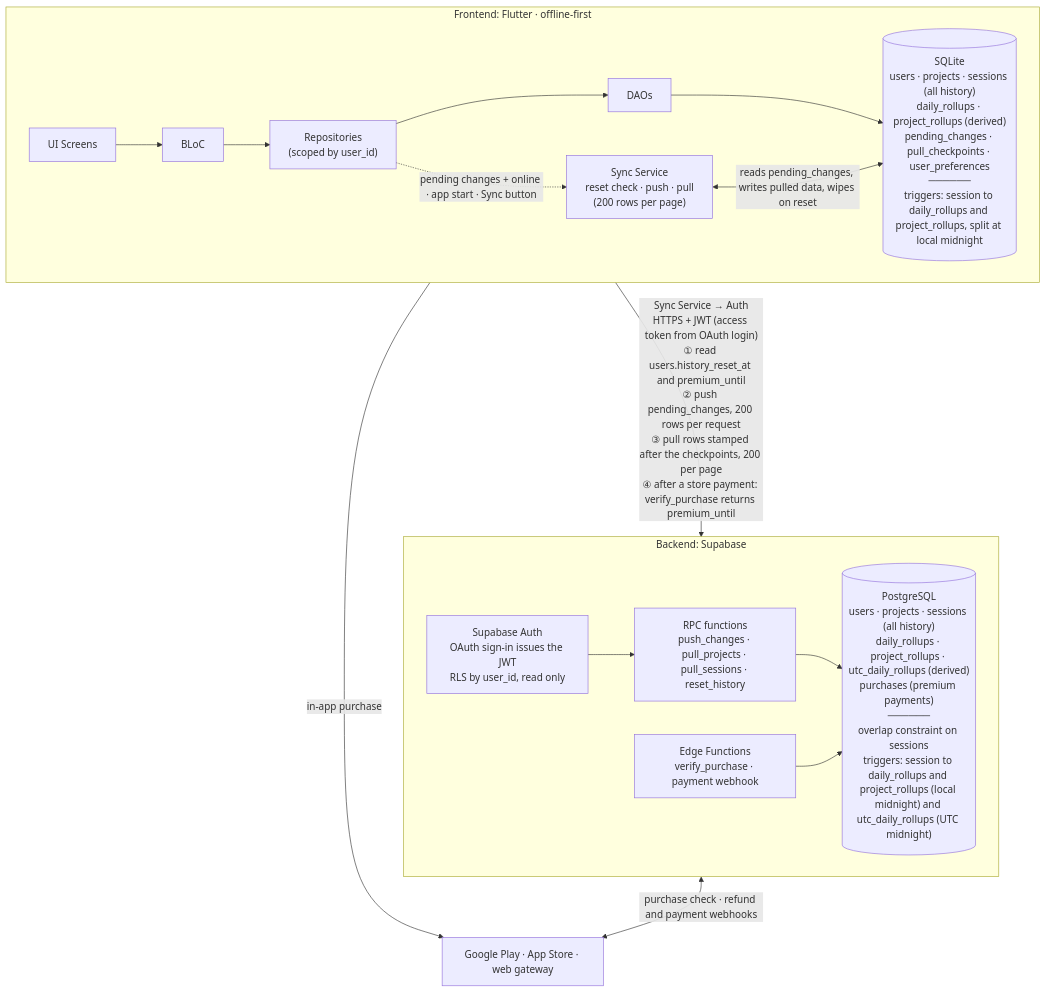
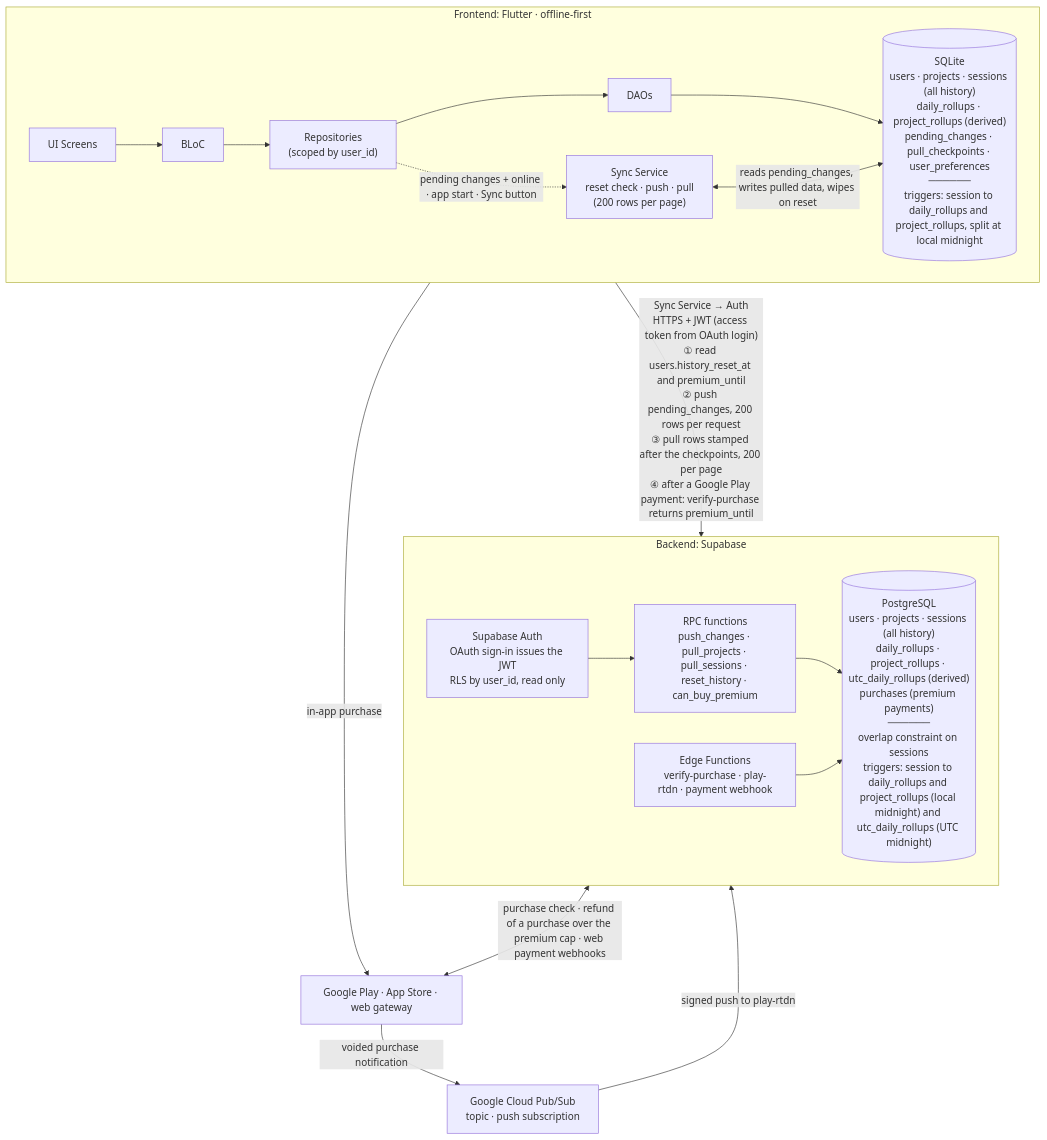
Before and after one commit to sardaar-niamotullah/tarkeez: the first of 3 diagrams in README.md, drawn with Mermaid. The commit also changed other lines of this file, not shown here.

````diff
--- a/README.md
+++ b/README.md
@@ -311,21 +312,24 @@
 ```mermaid
 flowchart TB
   subgraph APP["Frontend: Flutter · offline-first"]
     direction LR
     UI["UI Screens"] --> BLOC["BLoC"] --> REPO["Repositories<br/>(scoped by user_id)"] --> DAO["DAOs"] --> LDB[("SQLite<br/>users · projects · sessions (all history)<br/>daily_rollups · project_rollups (derived)<br/>pending_changes · pull_checkpoints · user_preferences<br/>──────<br/>triggers: session to daily_rollups and project_rollups, split at local midnight")]
     REPO -.->|"pending changes + online · app start · Sync button"| SYNC["Sync Service<br/>reset check · push · pull<br/>(200 rows per page)"]
     SYNC <-->|"reads pending_changes, writes pulled data, wipes on reset"| LDB
   end
 
   subgraph CLOUD["Backend: Supabase"]
     direction LR
-    AUTH["Supabase Auth<br/>OAuth sign-in issues the JWT<br/>RLS by user_id, read only"] --> RPC["RPC functions<br/>push_changes · pull_projects · pull_sessions · reset_history"] --> CDB[("PostgreSQL<br/>users · projects · sessions (all history)<br/>daily_rollups · project_rollups · utc_daily_rollups (derived)<br/>purchases (premium payments)<br/>──────<br/>overlap constraint on sessions<br/>triggers: session to daily_rollups and project_rollups (local midnight) and utc_daily_rollups (UTC midnight)")]
-    EDGE["Edge Functions<br/>verify_purchase · payment webhook"] --> CDB
+    AUTH["Supabase Auth<br/>OAuth sign-in issues the JWT<br/>RLS by user_id, read only"] --> RPC["RPC functions<br/>push_changes · pull_projects · pull_sessions · reset_history · can_buy_premium"] --> CDB[("PostgreSQL<br/>users · projects · sessions (all history)<br/>daily_rollups · project_rollups · utc_daily_rollups (derived)<br/>purchases (premium payments)<br/>──────<br/>overlap constraint on sessions<br/>triggers: session to daily_rollups and project_rollups (local midnight) and utc_daily_rollups (UTC midnight)")]
+    EDGE["Edge Functions<br/>verify-purchase · play-rtdn · payment webhook"] --> CDB
   end
 
   STORES["Google Play · App Store · web gateway"]
+  PUBSUB["Google Cloud Pub/Sub<br/>topic · push subscription"]
 
-  APP -->|"Sync Service → Auth<br/>HTTPS + JWT (access token from OAuth login)<br/>① read users.history_reset_at and premium_until<br/>② push pending_changes, 200 rows per request<br/>③ pull rows stamped after the checkpoints, 200 per page<br/>④ after a store payment: verify_purchase returns premium_until"| CLOUD
+  APP -->|"Sync Service → Auth<br/>HTTPS + JWT (access token from OAuth login)<br/>① read users.history_reset_at and premium_until<br/>② push pending_changes, 200 rows per request<br/>③ pull rows stamped after the checkpoints, 200 per page<br/>④ after a Google Play payment: verify-purchase returns premium_until"| CLOUD
   APP -->|"in-app purchase"| STORES
-  CLOUD <-->|"purchase check · refund and payment webhooks"| STORES
+  CLOUD <-->|"purchase check · refund of a purchase over the premium cap · web payment webhooks"| STORES
+  STORES -->|"voided purchase notification"| PUBSUB
+  PUBSUB -->|"signed push to play-rtdn"| CLOUD
 ```
````
